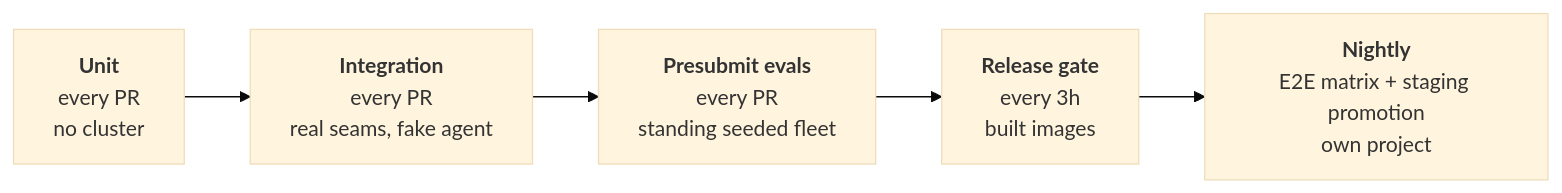
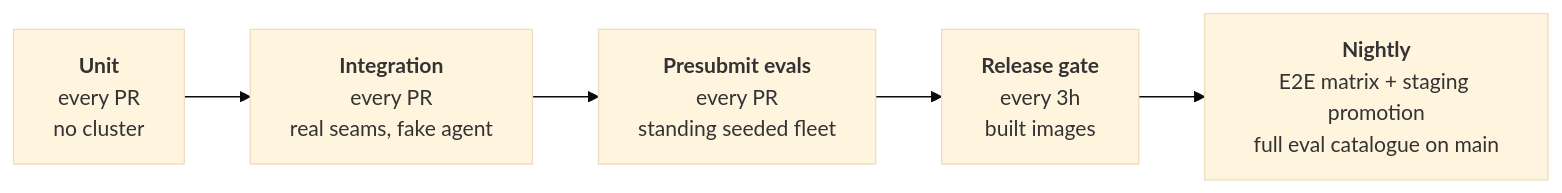
One commit to Fuxiao-Gao/kube-agents changed the diagram in docs/designs/testing-strategy.md. Above: the diagram before and after it, drawn with Mermaid (base theme). The commit also changed other lines of this file and 8 other files, not shown here.

````diff
--- a/docs/designs/testing-strategy.md
+++ b/docs/designs/testing-strategy.md
@@ -35,4 +35,4 @@
 ```mermaid
 flowchart LR
-    U["<b>Unit</b><br/>every PR<br/>no cluster"] --> I["<b>Integration</b><br/>every PR<br/>real seams, fake agent"] --> P["<b>Presubmit evals</b><br/>every PR<br/>standing seeded fleet"] --> G["<b>Release gate</b><br/>every 3h<br/>built images"] --> N["<b>Nightly</b><br/>E2E matrix + staging promotion<br/>own project"]
+    U["<b>Unit</b><br/>every PR<br/>no cluster"] --> I["<b>Integration</b><br/>every PR<br/>real seams, fake agent"] --> P["<b>Presubmit evals</b><br/>every PR<br/>standing seeded fleet"] --> G["<b>Release gate</b><br/>every 3h<br/>built images"] --> N["<b>Nightly</b><br/>E2E matrix + staging promotion<br/>full eval catalogue on main"]
 ```
````
